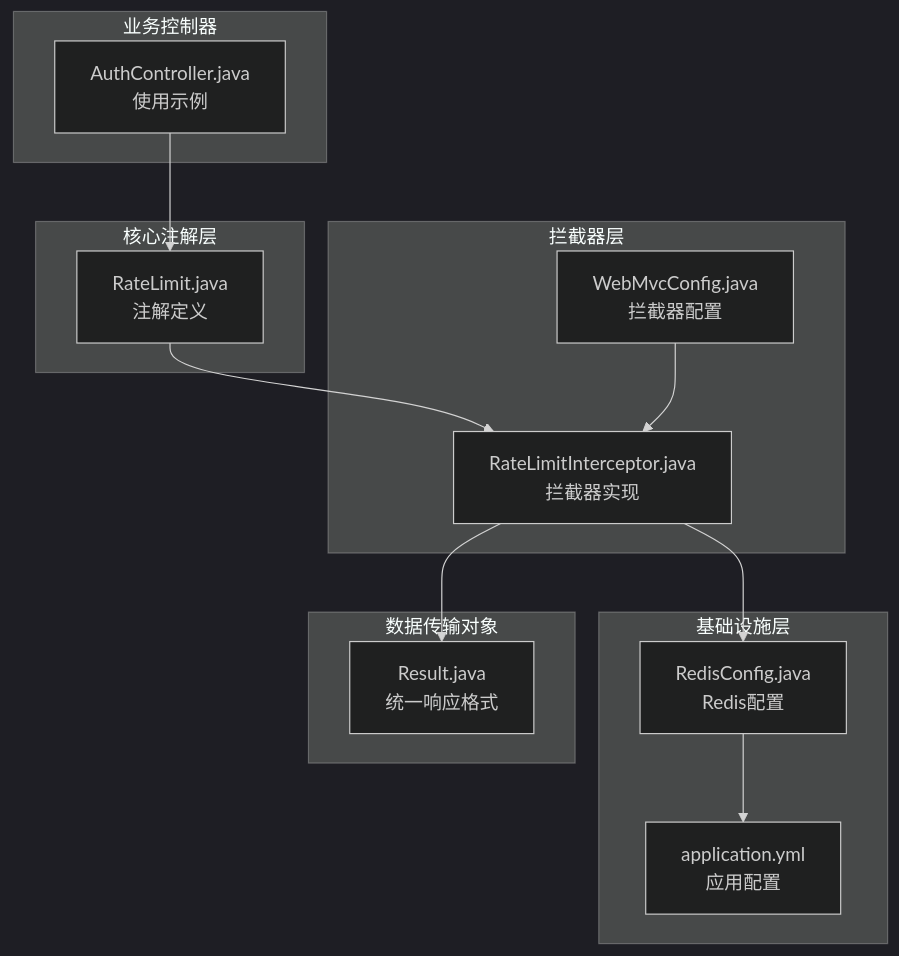
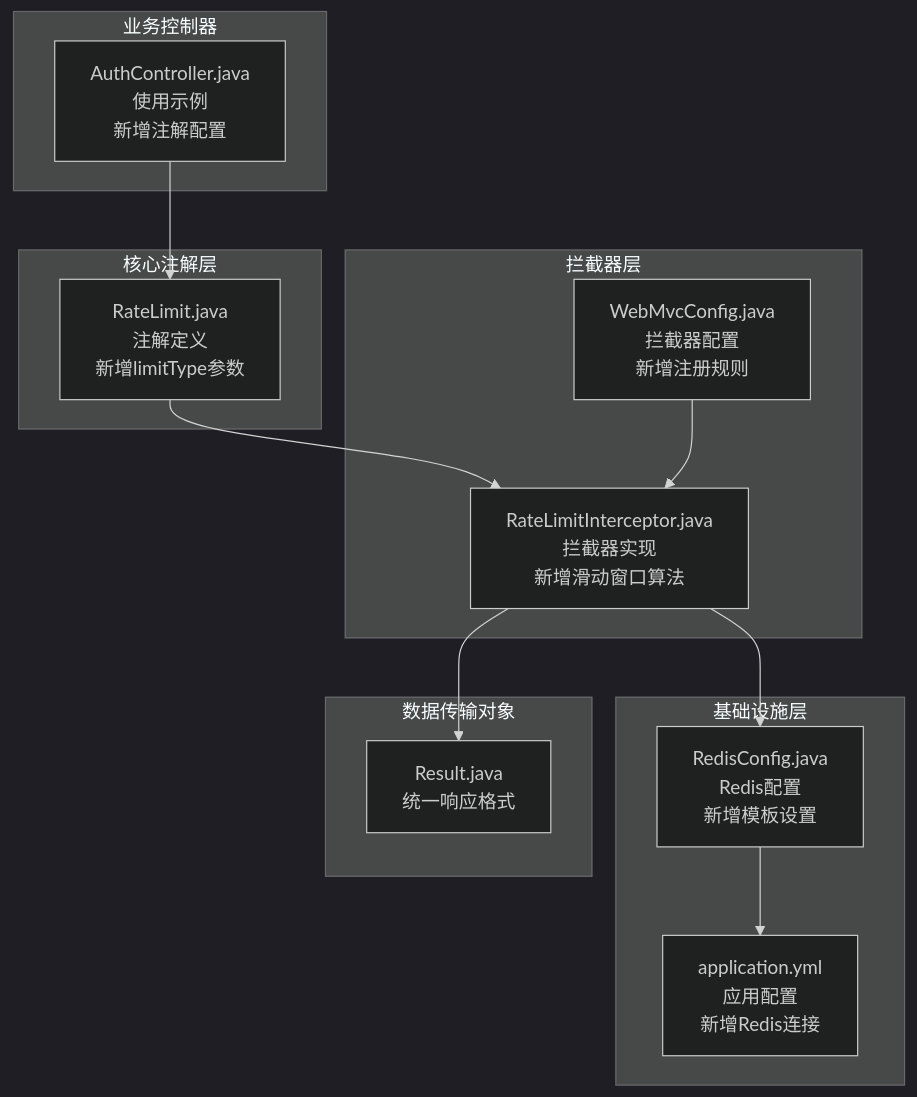
One commit to PersonNoName/FreeTrader changed the first of 5 diagrams in .qoder/repowiki/zh/content/缓存与性能优化/速率限制系统.md. Above: the diagram before and after it, drawn with Mermaid (dark theme). The commit also changed other lines of this file and 10 other files, not shown here.

````diff
--- a/.qoder/repowiki/zh/content/缓存与性能优化/速率限制系统.md
+++ b/.qoder/repowiki/zh/content/缓存与性能优化/速率限制系统.md
@@ -33,26 +43,26 @@
 ```mermaid
 graph TB
 subgraph "核心注解层"
-RL[RateLimit.java<br/>注解定义]
+RL[RateLimit.java<br/>注解定义<br/>新增limitType参数]
 end
 subgraph "拦截器层"
-RLI[RateLimitInterceptor.java<br/>拦截器实现]
-WMC[WebMvcConfig.java<br/>拦截器配置]
+RLI[RateLimitInterceptor.java<br/>拦截器实现<br/>新增滑动窗口算法]
+WMC[WebMvcConfig.java<br/>拦截器配置<br/>新增注册规则]
 end
 subgraph "基础设施层"
-RC[RedisConfig.java<br/>Redis配置]
-APP[application.yml<br/>应用配置]
+RC[RedisConfig.java<br/>Redis配置<br/>新增模板设置]
+APP[application.yml<br/>应用配置<br/>新增Redis连接]
 end
 subgraph "数据传输对象"
 DTO[Result.java<br/>统一响应格式]
 end
 subgraph "业务控制器"
-AC[AuthController.java<br/>使用示例]
+AC[AuthController.java<br/>使用示例<br/>新增注解配置]
 end
 RL --> RLI
 RLI --> RC
 RLI --> DTO
 WMC --> RLI
 RC --> APP
 AC --> RL
 ```
````
